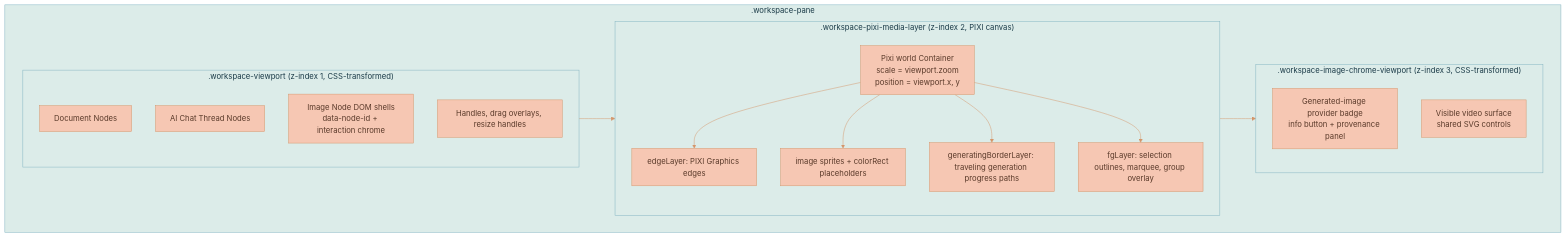
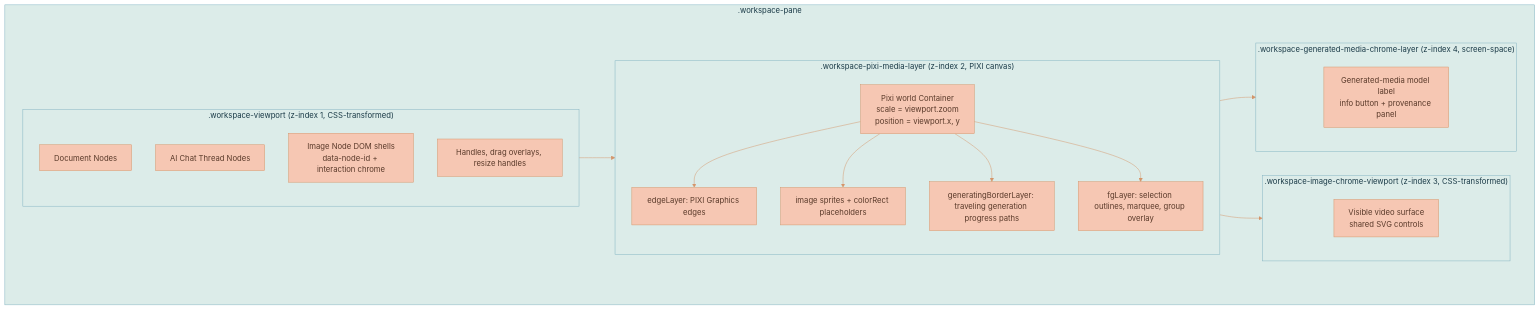
Before and after one commit to Lixpi/lixpi: the first of 3 diagrams in documentation/canvas/RENDERING-ENGINE.md, drawn with Mermaid. The commit also changed other lines of this file and 17 other files, not shown here.

````diff
--- a/documentation/canvas/RENDERING-ENGINE.md
+++ b/documentation/canvas/RENDERING-ENGINE.md
@@ -103,30 +103,33 @@
 ```mermaid
 %%{init: {'theme': 'base', 'themeVariables': { 'primaryColor': '#F6C7B3', 'primaryTextColor': '#5a3a2a', 'primaryBorderColor': '#d4956a', 'secondaryColor': '#C3DEDD', 'secondaryTextColor': '#1a3a47', 'secondaryBorderColor': '#4a8a9d', 'tertiaryColor': '#DCECE9', 'tertiaryTextColor': '#1a3a47', 'tertiaryBorderColor': '#82B2C0', 'lineColor': '#d4956a', 'textColor': '#5a3a2a'}}}%%
 flowchart TB
     subgraph Pane[".workspace-pane"]
         subgraph Viewport[".workspace-viewport (z-index 1, CSS-transformed)"]
             DOC[Document Nodes]
             THR[AI Chat Thread Nodes]
             IMG_DOM[Image Node DOM shells<br/>data-node-id + interaction chrome]
             HANDLE[Handles, drag overlays, resize handles]
         end
         subgraph PixiCanvas[".workspace-pixi-media-layer (z-index 2, PIXI canvas)"]
             WORLD[Pixi world Container<br/>scale = viewport.zoom<br/>position = viewport.x, y]
             EDGE_PIXI[edgeLayer: PIXI Graphics edges]
             IMG_SPR[image sprites + colorRect placeholders]
             GEN_BORDER[generatingBorderLayer: traveling generation progress paths]
             FG[fgLayer: selection outlines, marquee, group overlay]
         end
         subgraph ImageChrome[".workspace-image-chrome-viewport (z-index 3, CSS-transformed)"]
-            IMG_CHROME[Generated-image provider badge<br/>info button + provenance panel]
             VIDEO_CHROME[Visible video surface<br/>shared SVG controls]
+        end
+        subgraph GeneratedChrome[".workspace-generated-media-chrome-layer (z-index 4, screen-space)"]
+            IMG_CHROME[Generated-media model label<br/>info button + provenance panel]
         end
     end
 
     Viewport --> PixiCanvas
     WORLD --> EDGE_PIXI
     WORLD --> IMG_SPR
     WORLD --> GEN_BORDER
     WORLD --> FG
     PixiCanvas --> ImageChrome
+    PixiCanvas --> GeneratedChrome
 ```
````
